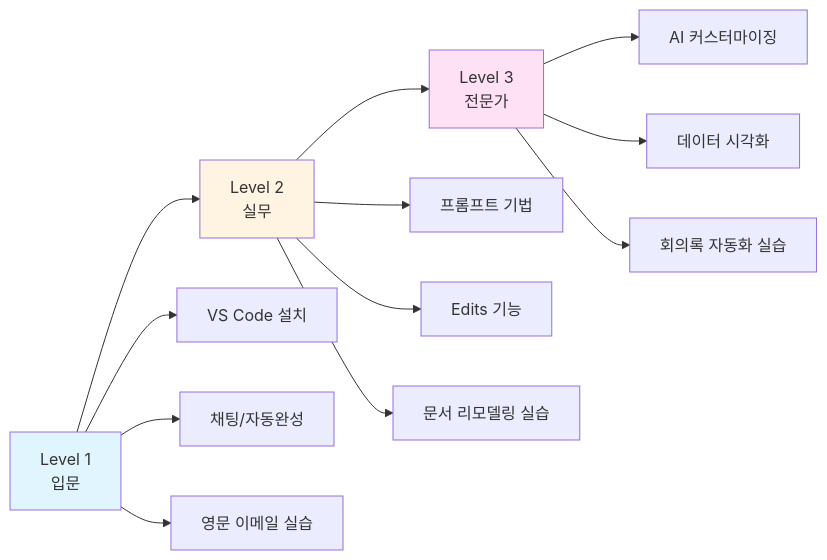
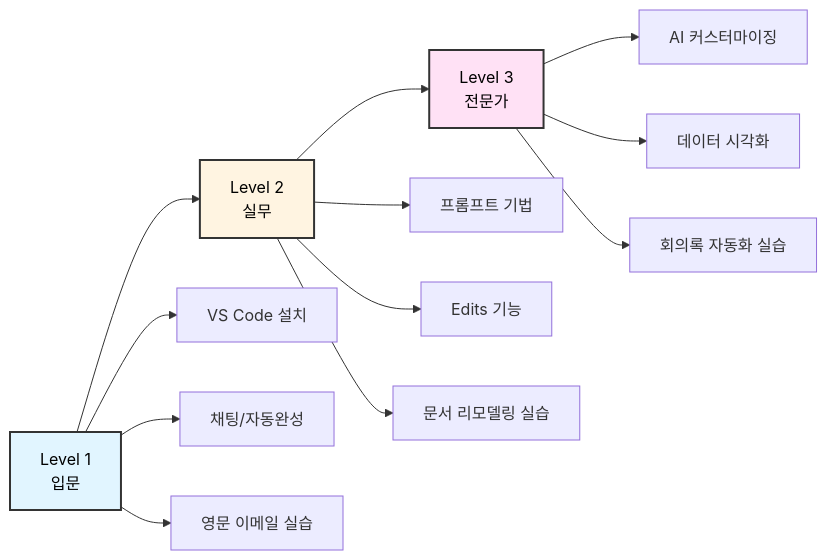
One commit to seo-jinseok/GitHub-Copilot-Guide changed the first of 17 diagrams in dist/University_Copilot_Guide_Complete_KO.md. Above: the diagram before and after it, drawn with Mermaid. The commit also changed other lines of this file, not shown here.

Commit message:
docs: mermaid 그림 색상 수정

````diff
--- a/dist/University_Copilot_Guide_Complete_KO.md
+++ b/dist/University_Copilot_Guide_Complete_KO.md
@@ -92,21 +92,21 @@
 ```mermaid
 graph LR
     A[Level 1<br/>입문] --> B[Level 2<br/>실무]
     B --> C[Level 3<br/>전문가]
     
     A --> A1[VS Code 설치]
     A --> A2[채팅/자동완성]
     A --> A3[영문 이메일 실습]
     
     B --> B1[프롬프트 기법]
     B --> B2[Edits 기능]
     B --> B3[문서 리모델링 실습]
     
     C --> C1[AI 커스터마이징]
     C --> C2[데이터 시각화]
     C --> C3[회의록 자동화 실습]
     
-    style A fill:#e1f5ff
-    style B fill:#fff4e1
-    style C fill:#ffe1f5
+    style A fill:#e1f5ff,stroke:#333,stroke-width:2px,color:#000
+    style B fill:#fff4e1,stroke:#333,stroke-width:2px,color:#000
+    style C fill:#ffe1f5,stroke:#333,stroke-width:2px,color:#000
 ```
````
